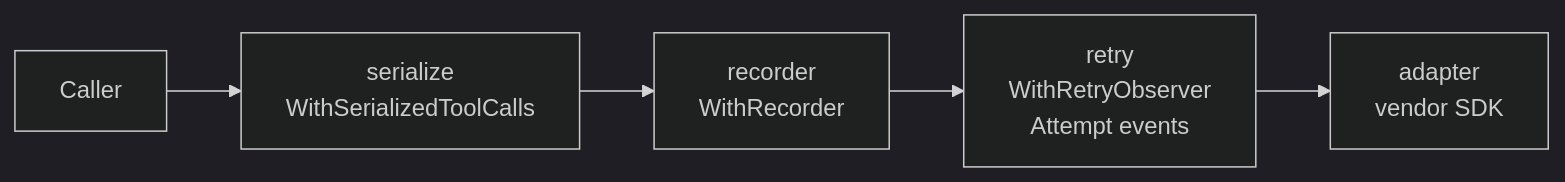
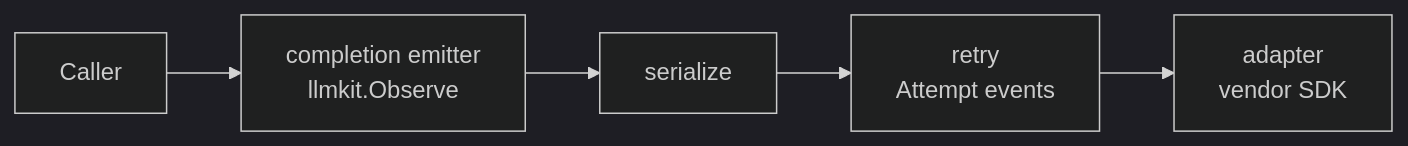
Before and after one commit to dpoage/llmkit: the diagram in docs/providers.md, drawn with Mermaid (dark theme). The commit also changed other lines of this file and 60 other files, not shown here.

````diff
--- a/docs/providers.md
+++ b/docs/providers.md
@@ -120,4 +120,4 @@
 ```mermaid
 flowchart LR
-    C[Caller] --> S[serialize<br/>WithSerializedToolCalls] --> R[recorder<br/>WithRecorder] --> T[retry<br/>WithRetryObserver<br/>Attempt events] --> A[adapter<br/>vendor SDK]
+    C[Caller] --> E[completion emitter<br/>llmkit.Observe] --> S[serialize] --> T[retry<br/>Attempt events] --> A[adapter<br/>vendor SDK]
 ```
````
